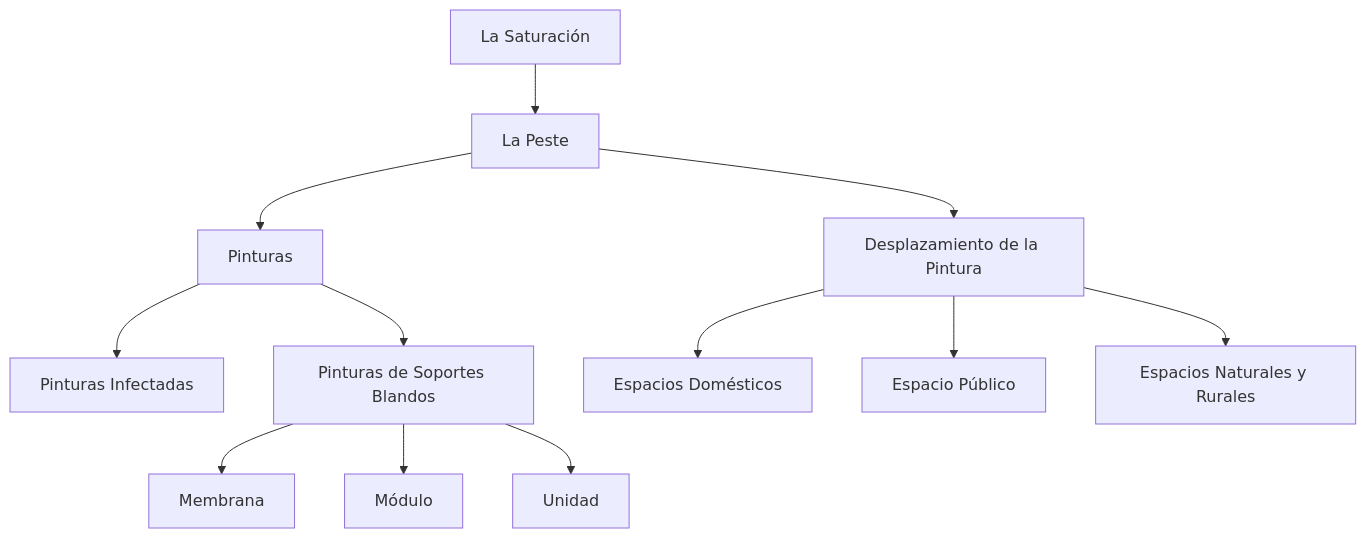
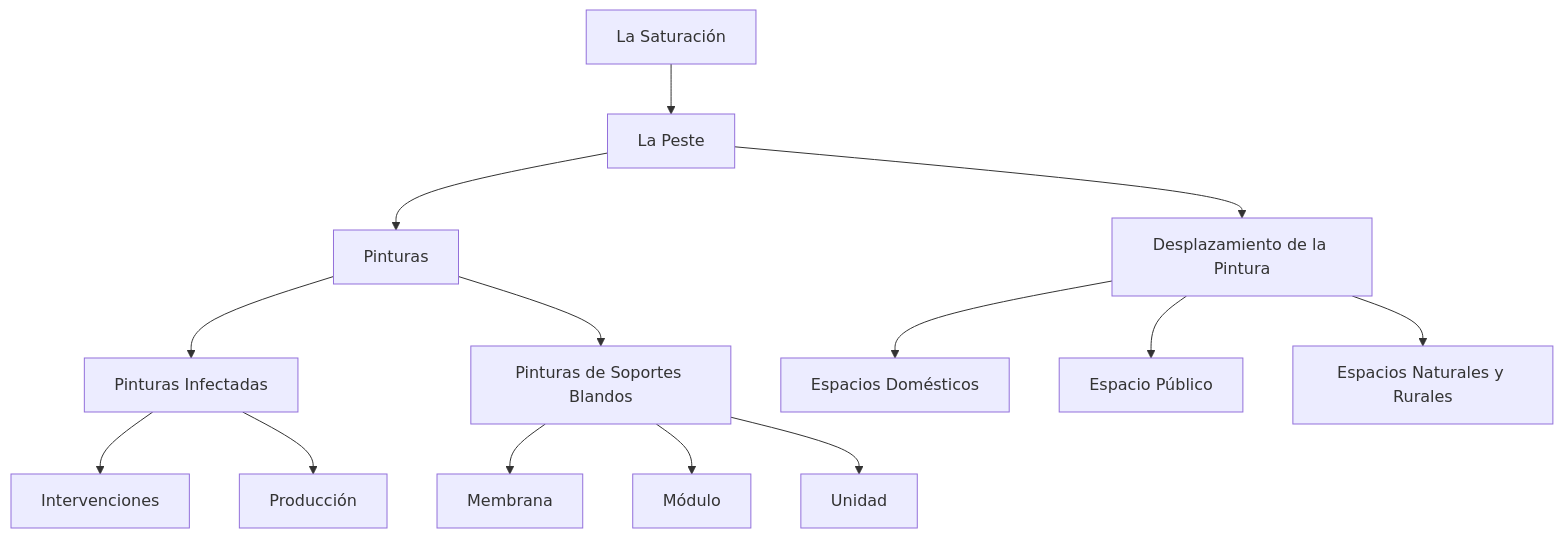
The diagram in ES/la-peste.md (EGGS-Artesvisuales/EGGS-Artesvisuales.github.io), drawn with Mermaid before and after one commit.

```diff
--- a/ES/la-peste.md
+++ b/ES/la-peste.md
@@ -35,30 +35,32 @@
 <div class="mermaid">
-
-
 graph TD
   A[La Saturación] --> B[La Peste]
   B --> C[Pinturas]
   C --> D[Pinturas Infectadas]
+  D --> D1[Intervenciones]
+  D --> D2[Producción]
   C --> E[Pinturas de Soportes Blandos]
   E --> E1[Membrana]
   E --> E2[Módulo]
   E --> E3[Unidad]
   B --> F[Desplazamiento de la Pintura]
   F --> G[Espacios Domésticos]
   F --> H[Espacio Público]
   F --> I[Espacios Naturales y Rurales]
 
   click A "/la-saturacion.html" "Ir a La Saturación"
   click B "/la-peste.html" "Ir a La Peste"
   click C "/pinturas.html" "Ir a Pinturas"
   click D "/pinturas-infectadas.html" "Ir a Pinturas Infectadas"
+  click D1 "/intervenciones.html" "Ir a Intervenciones"
+  click D2 "/produccion.html" "Ir a Producción"
   click E "/soportes-blandos.html" "Ir a Pinturas de Soportes Blandos"
   click E1 "/membrana.html" "Ir a Membrana"
   click E2 "/modulo.html" "Ir a Módulo"
   click E3 "/unidad.html" "Ir a Unidad"
   click F "/desplazamiento-pintura.html" "Ir a Desplazamiento de la Pintura"
   click G "/espacios-domesticos.html" "Ir a Espacios Domésticos"
   click H "/espacio-publico.html" "Ir a Espacio Público"
   click I "/espacios-naturales-rurales.html" "Ir a Espacios Naturales y Rurales"
 
 </div>
```
